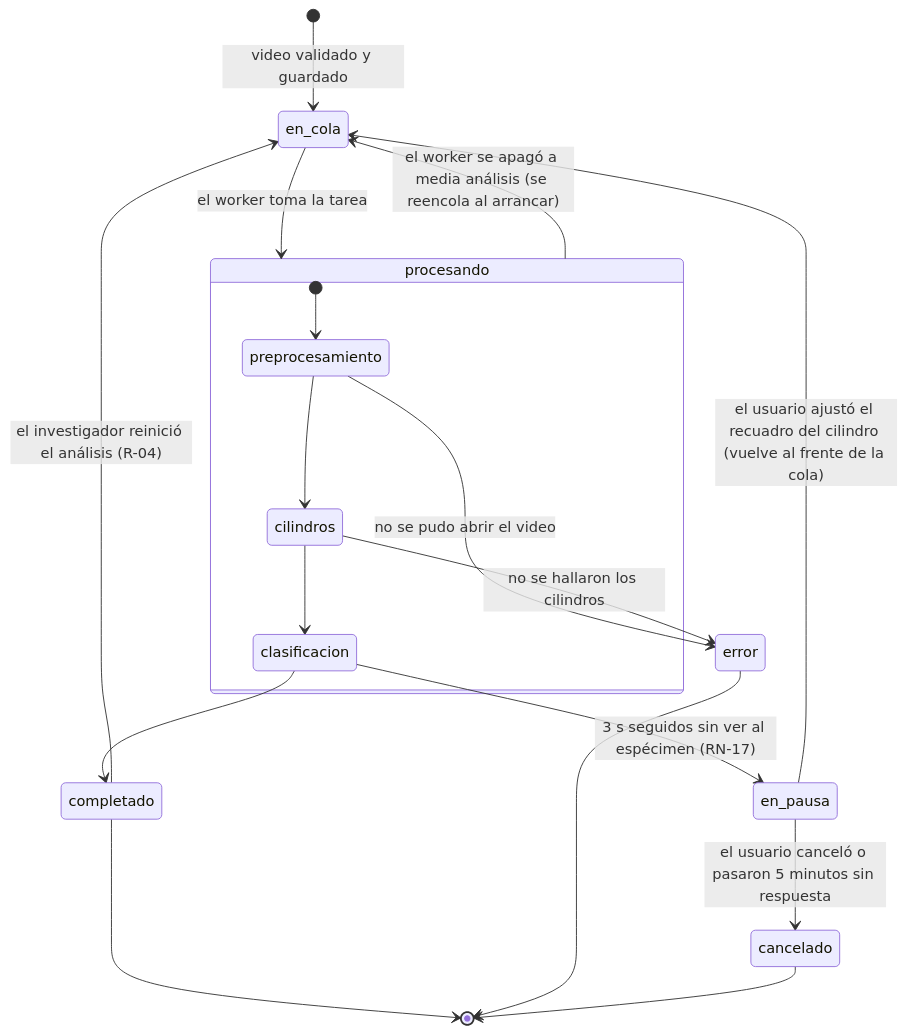
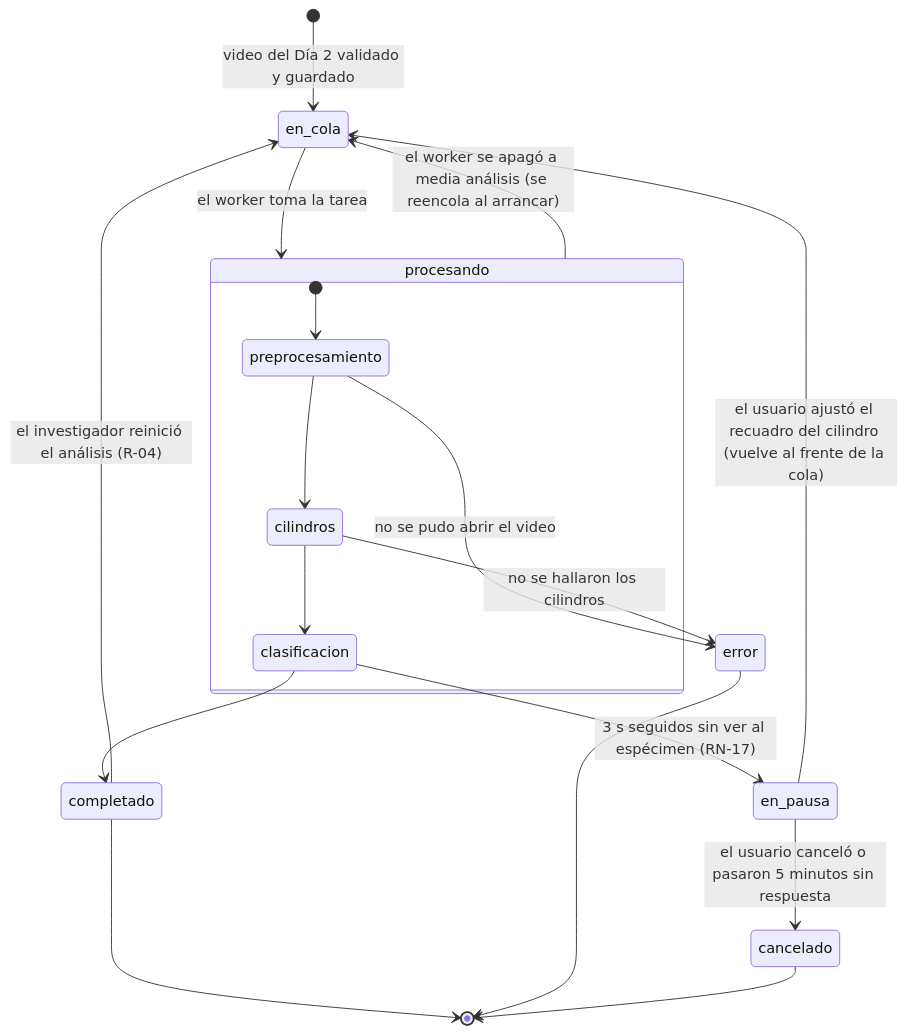
The second of 39 diagrams in INSTRUCCIONES-WEB.md (ErickJester/fst-ai-system-latex), drawn with Mermaid before and after one commit. The commit also changed other lines of this file, not shown here.

````diff
--- a/INSTRUCCIONES-WEB.md
+++ b/INSTRUCCIONES-WEB.md
@@ -260,21 +332,21 @@
 ```mermaid
 stateDiagram-v2
-  [*] --> en_cola: video validado y guardado
+  [*] --> en_cola: video del Día 2 validado y guardado
   en_cola --> procesando: el worker toma la tarea
   state procesando {
     [*] --> preprocesamiento
     preprocesamiento --> cilindros
     cilindros --> clasificacion
   }
   preprocesamiento --> error: no se pudo abrir el video
   cilindros --> error: no se hallaron los cilindros
   clasificacion --> completado
   clasificacion --> en_pausa: 3 s seguidos sin ver al espécimen (RN-17)
   en_pausa --> en_cola: el usuario ajustó el recuadro del cilindro (vuelve al frente de la cola)
   en_pausa --> cancelado: el usuario canceló o pasaron 5 minutos sin respuesta
   procesando --> en_cola: el worker se apagó a media análisis (se reencola al arrancar)
   completado --> en_cola: el investigador reinició el análisis (R-04)
   completado --> [*]
   error --> [*]
   cancelado --> [*]
 ```
````
